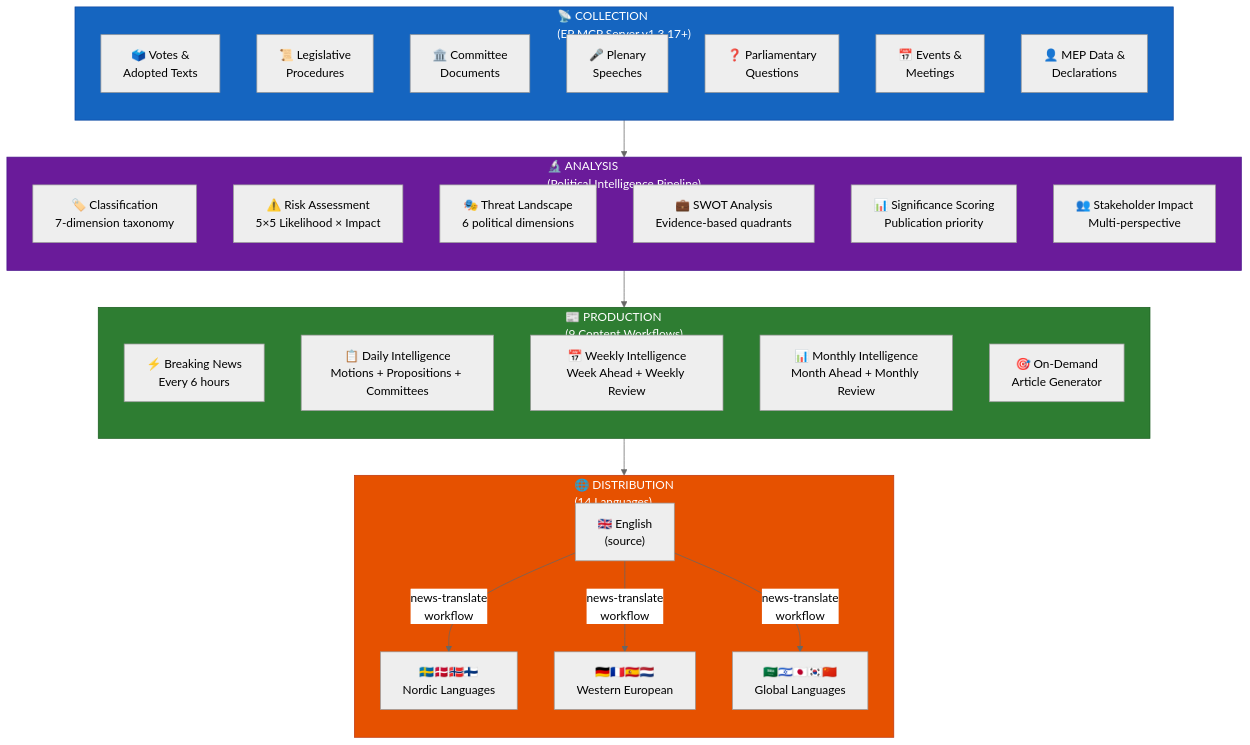
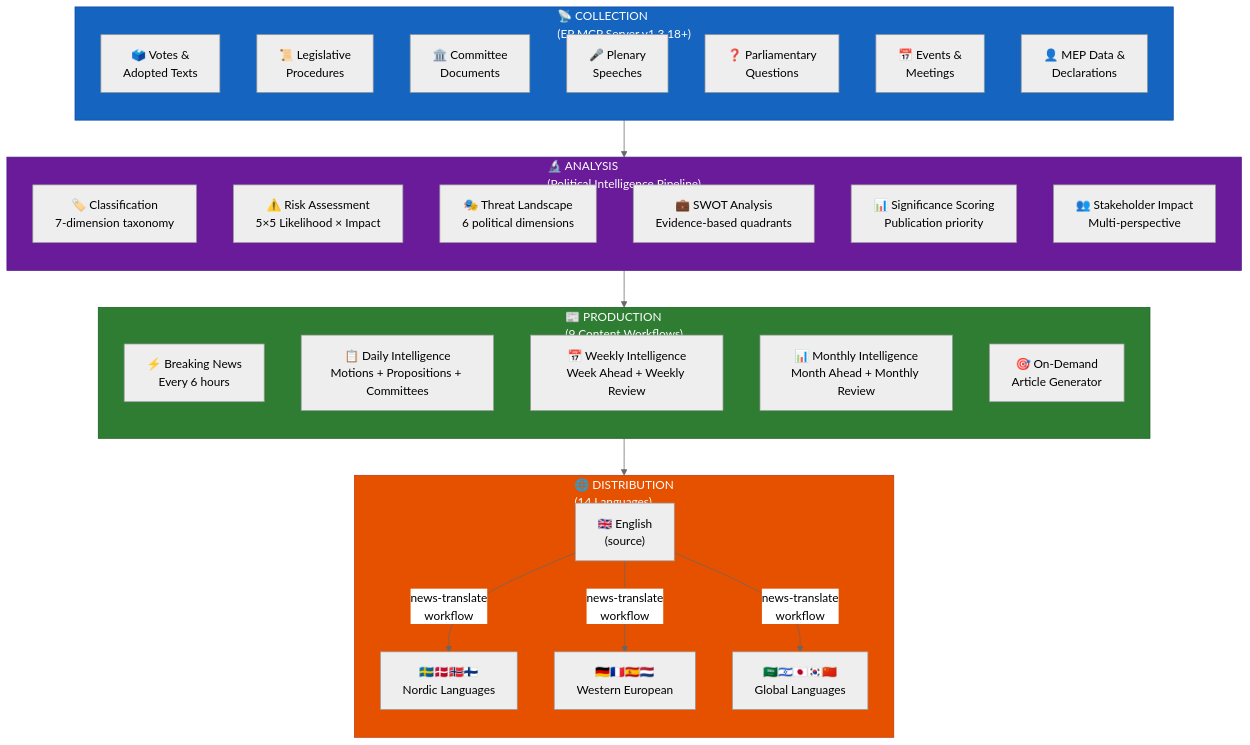
One commit to Hack23/euparliamentmonitor changed diagram 20 of 23 in WORKFLOWS.md. Above: the diagram before and after it, drawn with Mermaid (neutral theme). The commit also changed other lines of this file and 58 other files, not shown here.

Commit message:
chore: bump EP MCP server refs to 1.3.18 across workflows and docs

````diff
--- a/WORKFLOWS.md
+++ b/WORKFLOWS.md
@@ -2130,48 +2130,48 @@
 ```mermaid
 flowchart TD
-    subgraph Collection["📡 COLLECTION<br/>(EP MCP Server v1.3.17+)"]
+    subgraph Collection["📡 COLLECTION<br/>(EP MCP Server v1.3.18+)"]
         direction TB
         C1["🗳️ Votes &<br/>Adopted Texts"]
         C2["📜 Legislative<br/>Procedures"]
         C3["🏛️ Committee<br/>Documents"]
         C4["🎤 Plenary<br/>Speeches"]
         C5["❓ Parliamentary<br/>Questions"]
         C6["📅 Events &<br/>Meetings"]
         C7["👤 MEP Data &<br/>Declarations"]
     end
 
     subgraph Analysis["🔬 ANALYSIS<br/>(Political Intelligence Pipeline)"]
         direction TB
         A1["🏷️ Classification<br/>7-dimension taxonomy"]
         A2["⚠️ Risk Assessment<br/>5×5 Likelihood × Impact"]
         A3["🎭 Threat Landscape<br/>6 political dimensions"]
         A4["💼 SWOT Analysis<br/>Evidence-based quadrants"]
         A5["📊 Significance Scoring<br/>Publication priority"]
         A6["👥 Stakeholder Impact<br/>Multi-perspective"]
     end
 
     subgraph Production["📰 PRODUCTION<br/>(9 Content Workflows)"]
         direction TB
         P1["⚡ Breaking News<br/>Every 6 hours"]
         P2["📋 Daily Intelligence<br/>Motions + Propositions + Committees"]
         P3["📅 Weekly Intelligence<br/>Week Ahead + Weekly Review"]
         P4["📊 Monthly Intelligence<br/>Month Ahead + Monthly Review"]
         P5["🎯 On-Demand<br/>Article Generator"]
     end
 
     subgraph Distribution["🌐 DISTRIBUTION<br/>(14 Languages)"]
         direction TB
         D1["🇬🇧 English<br/>(source)"]
         D2["🇸🇪🇩🇰🇳🇴🇫🇮<br/>Nordic Languages"]
         D3["🇩🇪🇫🇷🇪🇸🇳🇱<br/>Western European"]
         D4["🇸🇦🇮🇱🇯🇵🇰🇷🇨🇳<br/>Global Languages"]
     end
 
     Collection --> Analysis --> Production --> D1
     D1 --> |"news-translate<br/>workflow"| D2 & D3 & D4
 
     style Collection fill:#1565C0,stroke:#0D47A1,color:#FFFFFF
     style Analysis fill:#6A1B9A,stroke:#4A148C,color:#FFFFFF
     style Production fill:#2E7D32,stroke:#1B5E20,color:#FFFFFF
     style Distribution fill:#E65100,stroke:#BF360C,color:#FFFFFF
 ```
````
